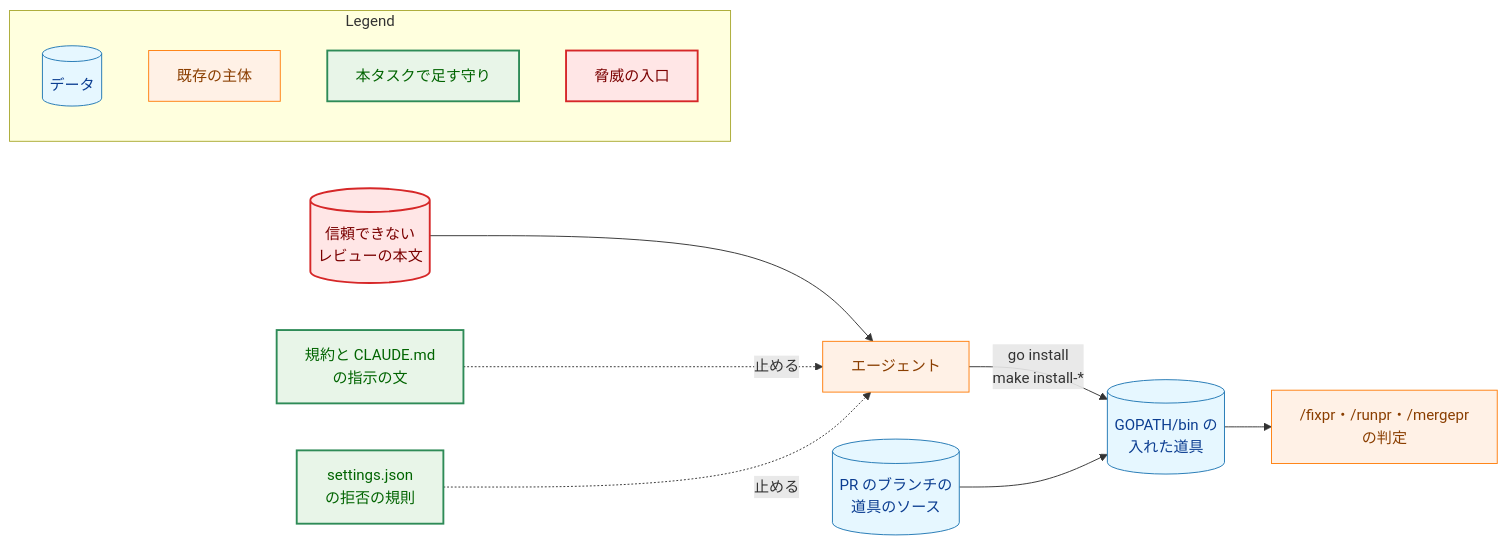
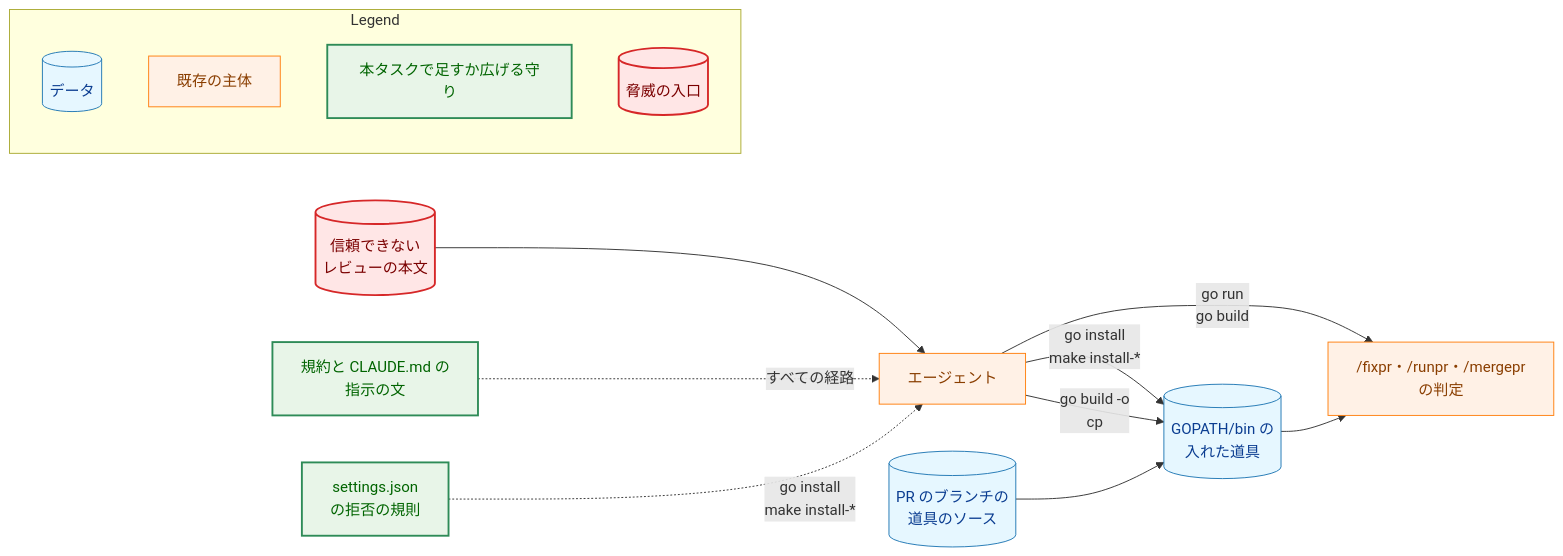
One commit to isseis/yt2column changed the third of 4 diagrams in docs/tasks/0112_dev_tools_convention/02_architecture.md. Above: the diagram before and after it, drawn with Mermaid. The commit also changed other lines of this file and 1 other file, not shown here.

First line of the commit message:
docs(0112): address the architecture review of the development tools convention

````diff
--- a/docs/tasks/0112_dev_tools_convention/02_architecture.md
+++ b/docs/tasks/0112_dev_tools_convention/02_architecture.md
@@ -344,38 +405,40 @@
 ```mermaid
 flowchart LR
     classDef data fill:#e6f7ff,stroke:#1f77b4,stroke-width:1px,color:#0b3d91;
     classDef process fill:#fff1e6,stroke:#ff7f0e,stroke-width:1px,color:#8a3e00;
     classDef enhanced fill:#e8f5e8,stroke:#2e8b57,stroke-width:2px,color:#006400;
     classDef problem fill:#ffe6e6,stroke:#d62728,stroke-width:2px,color:#7b0000;
 
     THREAD[("信頼できない<br>レビューの本文")]
     AGENT["エージェント"]
     BRANCH[("PR のブランチの<br>道具のソース")]
     BIN[("GOPATH/bin の<br>入れた道具")]
     RUN["/fixpr・/runpr・/mergepr<br>の判定"]
-    TEXT["規約と CLAUDE.md<br>の指示の文"]
+    TEXT["規約と CLAUDE.md の<br>指示の文"]
     DENY["settings.json<br>の拒否の規則"]
 
     THREAD --> AGENT
     AGENT -->|"go install<br>make install-*"| BIN
+    AGENT -->|"go build -o<br>cp"| BIN
+    AGENT -->|"go run<br>go build"| RUN
     BRANCH --> BIN
     BIN --> RUN
-    TEXT -.->|"止める"| AGENT
-    DENY -.->|"止める"| AGENT
+    TEXT -.->|"すべての経路"| AGENT
+    DENY -.->|"go install<br>make install-*"| AGENT
 
-    class THREAD,BRANCH,BIN data
+    class BRANCH,BIN data
     class AGENT,RUN process
     class TEXT,DENY enhanced
     class THREAD problem
 
     subgraph Legend["Legend"]
         L1[("データ")]
         L2["既存の主体"]
-        L3["本タスクで足す守り"]
-        L4["脅威の入口"]
+        L3["本タスクで足すか広げる守り"]
+        L4[("脅威の入口")]
     end
     class L1 data
     class L2 process
     class L3 enhanced
     class L4 problem
 ```
````
